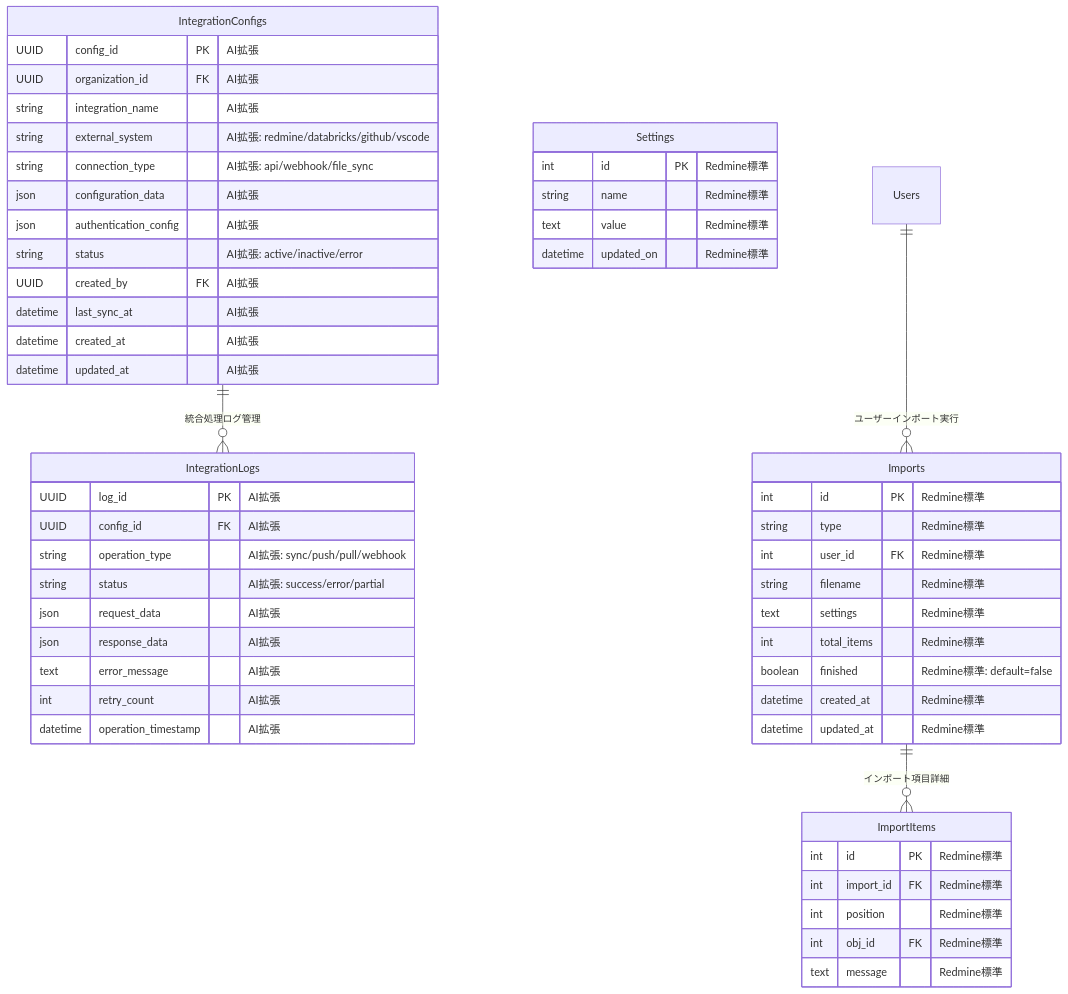
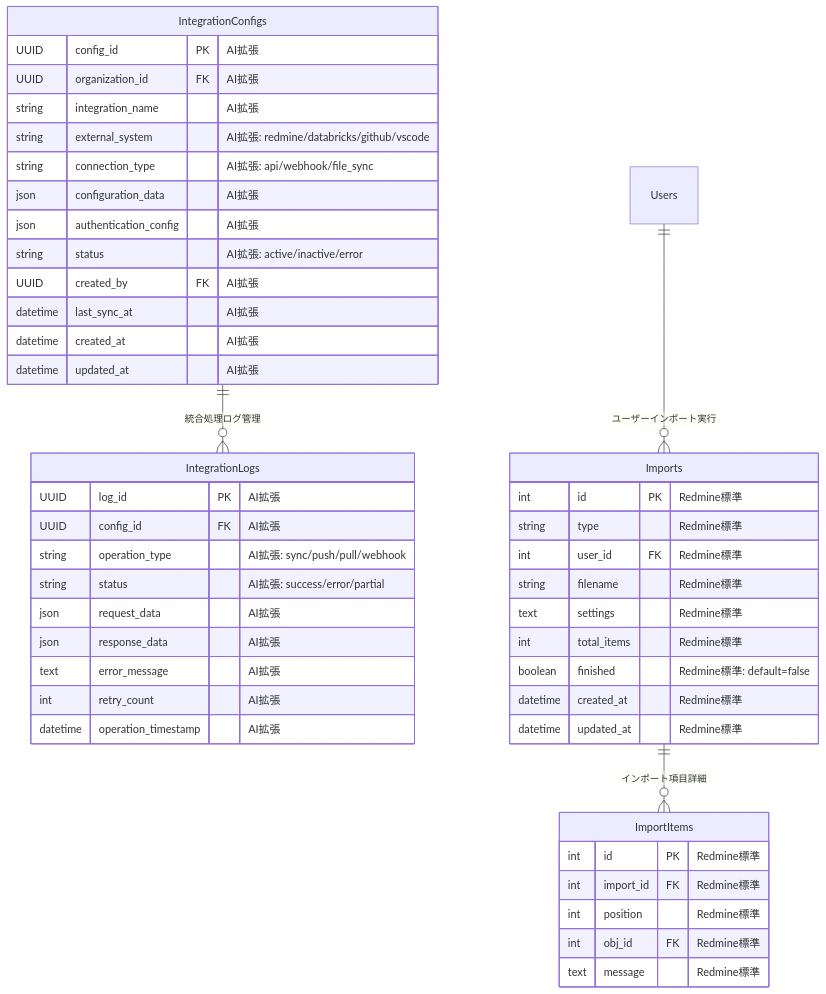
One commit to daichiTAAA/AgentOpsPlatform changed diagram 25 of 29 in docs/030000_設計/035000_データ設計/035010_ER図.md. Above: the diagram before and after it, drawn with Mermaid.

Commit message:
設計書を作成した

````diff
--- a/docs/030000_設計/035000_データ設計/035010_ER図.md
+++ b/docs/030000_設計/035000_データ設計/035010_ER図.md
@@ -1257,61 +1257,54 @@
 ```mermaid
 erDiagram
     IntegrationConfigs {
         UUID config_id PK "AI拡張"
         UUID organization_id FK "AI拡張"
         string integration_name "AI拡張"
         string external_system "AI拡張: redmine/databricks/github/vscode"
         string connection_type "AI拡張: api/webhook/file_sync"
         json configuration_data "AI拡張"
         json authentication_config "AI拡張"
         string status "AI拡張: active/inactive/error"
         UUID created_by FK "AI拡張"
         datetime last_sync_at "AI拡張"
         datetime created_at "AI拡張"
         datetime updated_at "AI拡張"
     }
     
     IntegrationLogs {
         UUID log_id PK "AI拡張"
         UUID config_id FK "AI拡張"
         string operation_type "AI拡張: sync/push/pull/webhook"
         string status "AI拡張: success/error/partial"
         json request_data "AI拡張"
         json response_data "AI拡張"
         text error_message "AI拡張"
         int retry_count "AI拡張"
         datetime operation_timestamp "AI拡張"
     }
     
     Imports {
         int id PK "Redmine標準"
         string type "Redmine標準"
         int user_id FK "Redmine標準"
         string filename "Redmine標準"
         text settings "Redmine標準"
         int total_items "Redmine標準"
         boolean finished "Redmine標準: default=false"
         datetime created_at "Redmine標準"
         datetime updated_at "Redmine標準"
     }
     
     ImportItems {
         int id PK "Redmine標準"
         int import_id FK "Redmine標準"
         int position "Redmine標準"
         int obj_id FK "Redmine標準"
         text message "Redmine標準"
     }
     
-    Settings {
-        int id PK "Redmine標準"
-        string name "Redmine標準"
-        text value "Redmine標準"
-        datetime updated_on "Redmine標準"
-    }
-    
     %% 関係性
     IntegrationConfigs ||--o{ IntegrationLogs : "統合処理ログ管理"
     Users ||--o{ Imports : "ユーザーインポート実行"
     Imports ||--o{ ImportItems : "インポート項目詳細"
 ```
````
